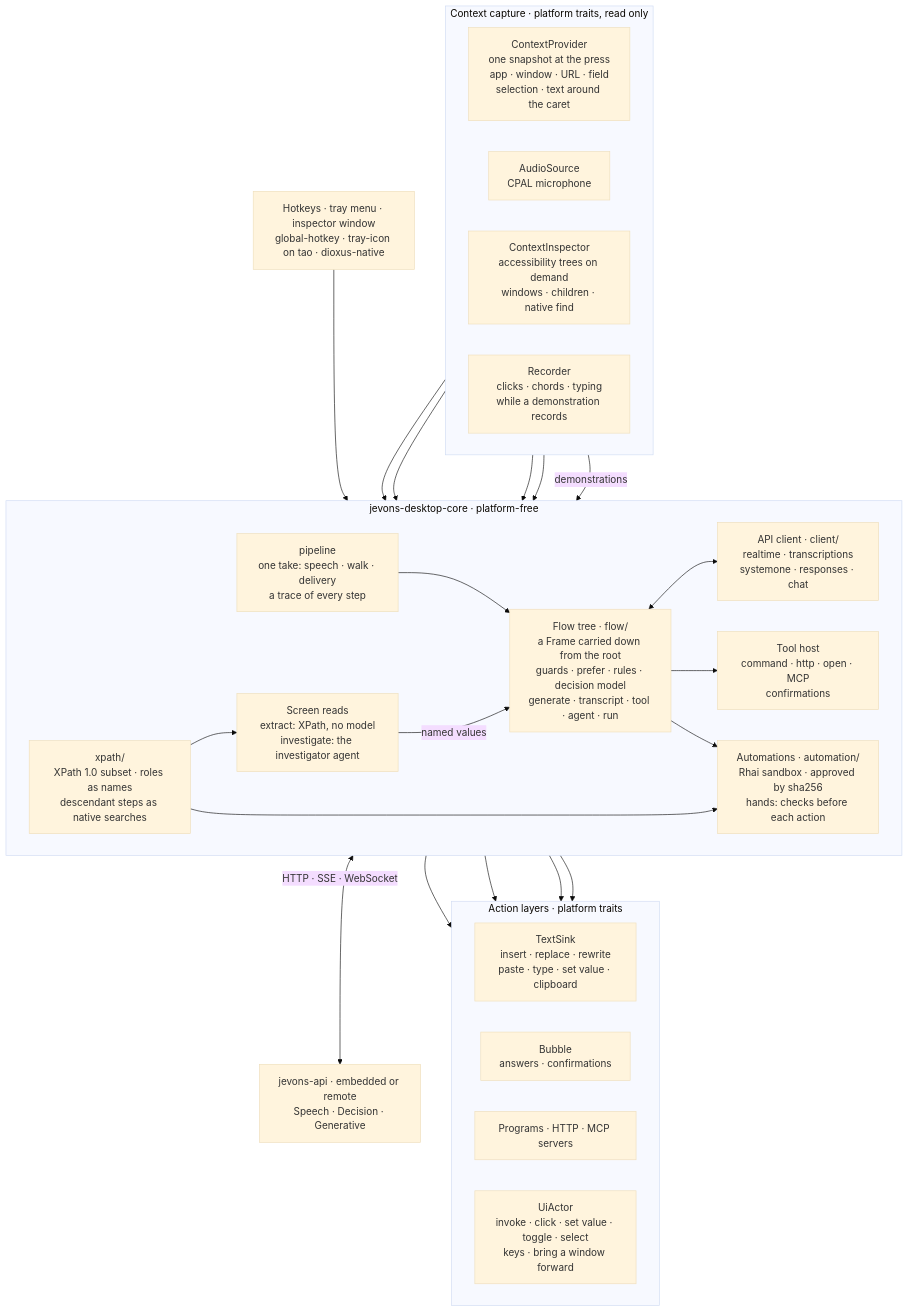
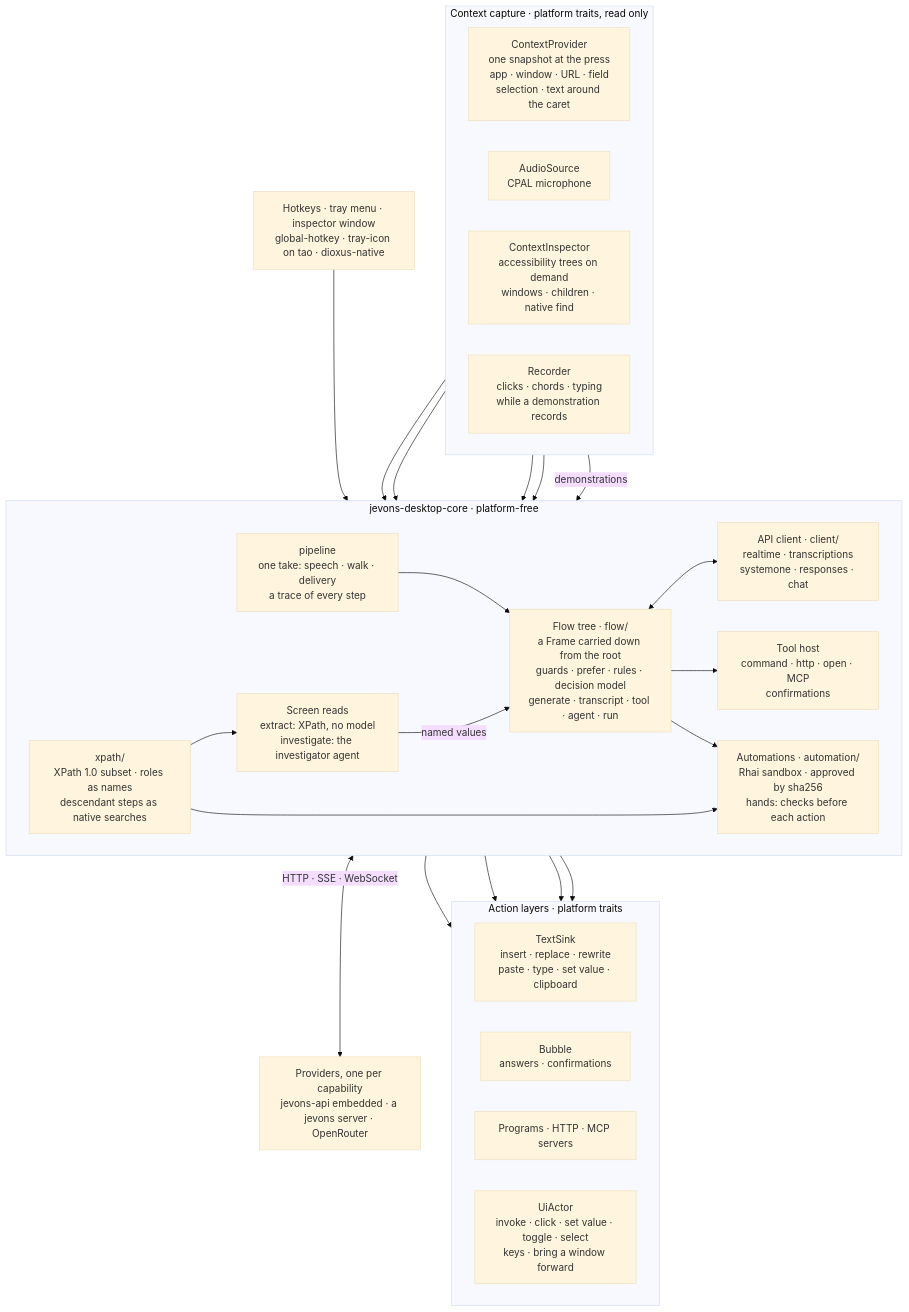
Before and after one commit to zojeda/jevons-rs: the second of 3 diagrams in README.md, drawn with Mermaid (base theme). The commit also changed other lines of this file and 33 other files, not shown here.

````diff
--- a/README.md
+++ b/README.md
@@ -131,52 +131,52 @@
 ```mermaid
 flowchart TB
     triggers["Hotkeys · tray menu · inspector window<br/>global-hotkey · tray-icon on tao · dioxus-native"]
 
     subgraph capture["Context capture · platform traits, read only"]
         direction LR
         snapshot["ContextProvider<br/>one snapshot at the press<br/>app · window · URL · field<br/>selection · text around the caret"]
         mic["AudioSource<br/>CPAL microphone"]
         inspector["ContextInspector<br/>accessibility trees on demand<br/>windows · children · native find"]
         recorder["Recorder<br/>clicks · chords · typing<br/>while a demonstration records"]
     end
 
     subgraph core["jevons-desktop-core · platform-free"]
         direction LR
         pipeline["pipeline<br/>one take: speech · walk · delivery<br/>a trace of every step"]
         xpath["xpath/<br/>XPath 1.0 subset · roles as names<br/>descendant steps as native searches"]
         reads["Screen reads<br/>extract: XPath, no model<br/>investigate: the investigator agent"]
         walk["Flow tree · flow/<br/>a Frame carried down from the root<br/>guards · prefer · rules · decision model<br/>generate · transcript · tool · agent · run"]
         client["API client · client/<br/>realtime · transcriptions<br/>systemone · responses · chat"]
         tools["Tool host<br/>command · http · open · MCP<br/>confirmations"]
         automation["Automations · automation/<br/>Rhai sandbox · approved by sha256<br/>hands: checks before each action"]
     end
 
     subgraph actions["Action layers · platform traits"]
         direction LR
         sink["TextSink<br/>insert · replace · rewrite<br/>paste · type · set value · clipboard"]
         bubble["Bubble<br/>answers · confirmations"]
         external["Programs · HTTP · MCP servers"]
         actor["UiActor<br/>invoke · click · set value · toggle · select<br/>keys · bring a window forward"]
     end
 
-    runtime["jevons-api · embedded or remote<br/>Speech · Decision · Generative"]
+    runtime["Providers, one per capability<br/>jevons-api embedded · a jevons server · OpenRouter"]
 
     triggers --> pipeline
     snapshot --> pipeline
     mic --> pipeline
     inspector --> xpath
     inspector --> reads
     xpath --> reads
     pipeline --> walk
     reads -- "named values" --> walk
     walk <--> client
     client <-- "HTTP · SSE · WebSocket" --> runtime
     walk --> sink
     walk --> bubble
     walk --> tools
     walk --> automation
     xpath --> automation
     recorder -- "demonstrations" --> automation
     tools --> external
     automation --> actor
 ```
````
